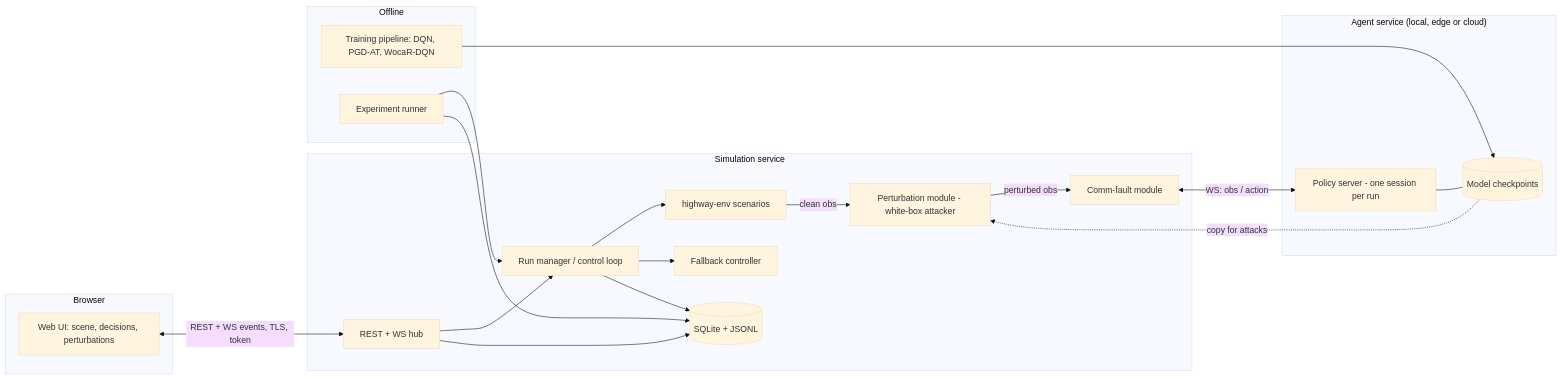
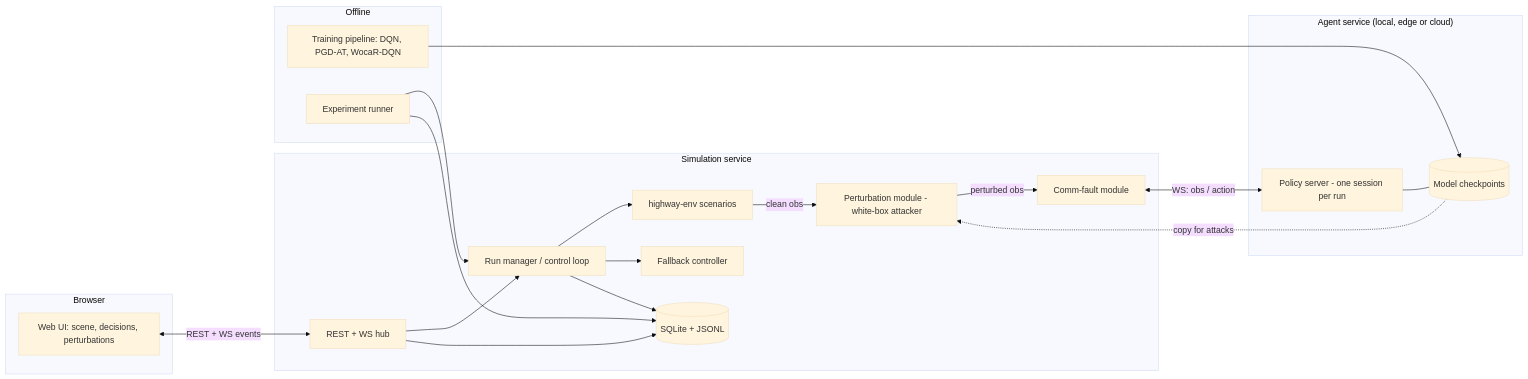
Before and after one commit to Internet-CADS/P7-Internet-Connected-Autonomous-Driving-System: the diagram in docs/SPEC.md, drawn with Mermaid (base theme). The commit also changed other lines of this file, not shown here.

````diff
--- a/docs/SPEC.md
+++ b/docs/SPEC.md
@@ -322,37 +329,37 @@
 ```mermaid
 flowchart LR
     subgraph Browser
         UI[Web UI: scene, decisions, perturbations]
     end
     subgraph Sim["Simulation service"]
         API[REST + WS hub]
         RUN[Run manager / control loop]
         ENV[highway-env scenarios]
         PERT[Perturbation module - white-box attacker]
         FAULT[Comm-fault module]
         FB[Fallback controller]
         DB[(SQLite + JSONL)]
     end
     subgraph Agent["Agent service (local, edge or cloud)"]
         POL[Policy server - one session per run]
         CKPT[(Model checkpoints)]
     end
     subgraph Offline
         TRAIN[Training pipeline: DQN, PGD-AT, WocaR-DQN]
         EXP[Experiment runner]
     end
-    UI <-->|REST + WS events, TLS, token| API
+    UI <-->|REST + WS events| API
     API --> RUN
     RUN --> ENV
     ENV -->|clean obs| PERT
     PERT -->|perturbed obs| FAULT
     FAULT <-->|WS: obs / action| POL
     POL --- CKPT
     RUN --> FB
     RUN --> DB
     API --> DB
     TRAIN --> CKPT
     CKPT -. copy for attacks .-> PERT
     EXP --> RUN
     EXP --> DB
 ```
````
